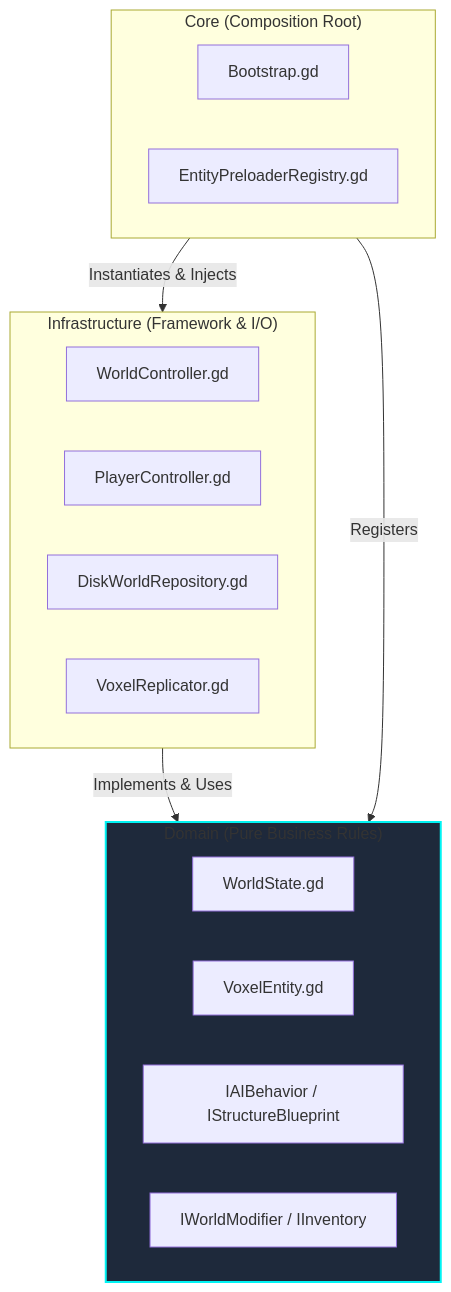
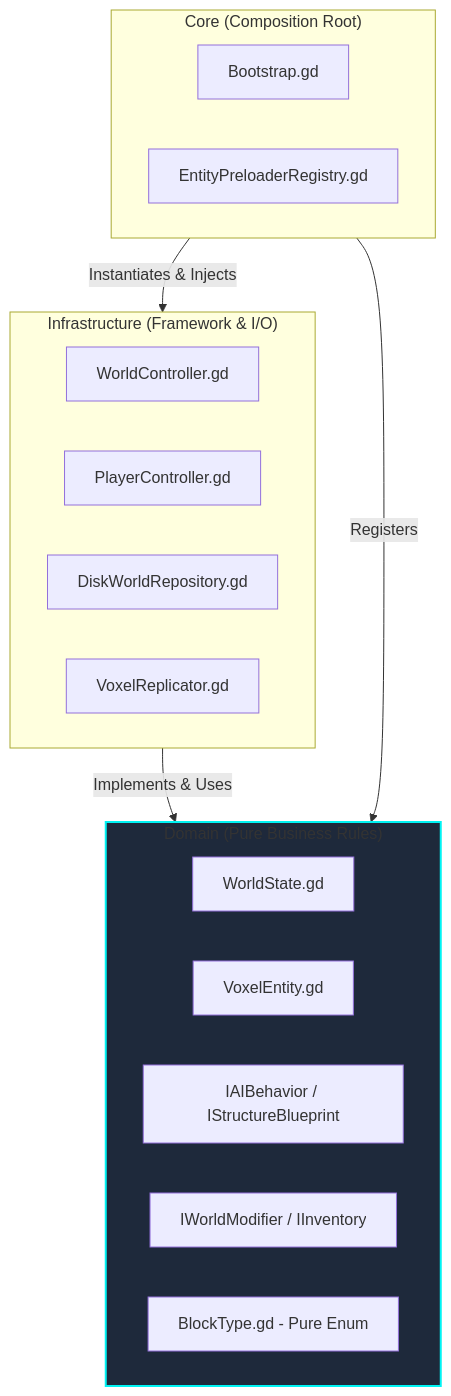
The first of 5 diagrams in README.md (enriquegonzalezgutierrez/CraftDomain), drawn with Mermaid before and after one commit. The commit also changed other lines of this file and 58 other files, not shown here.

````diff
--- a/README.md
+++ b/README.md
@@ -15,27 +15,28 @@
 ```mermaid
 graph TD
 	subgraph Core_Layer ["Core (Composition Root)"]
 		Bootstrap[Bootstrap.gd]
 		Preloader[EntityPreloaderRegistry.gd]
 	end
 
 	subgraph Infra_Layer ["Infrastructure (Framework & I/O)"]
 		WorldCtrl[WorldController.gd]
 		PlayerCtrl[PlayerController.gd]
 		DiskRepo[DiskWorldRepository.gd]
 		NetSync[VoxelReplicator.gd]
 	end
 
 	subgraph Domain_Layer ["Domain (Pure Business Rules)"]
 		WorldState[WorldState.gd]
 		Entities[VoxelEntity.gd]
 		Strategies[IAIBehavior / IStructureBlueprint]
 		Interfaces[IWorldModifier / IInventory]
+		LeafNode[BlockType.gd - Pure Enum]
 	end
 
 	Core_Layer -->|Instantiates & Injects| Infra_Layer
 	Infra_Layer -->|Implements & Uses| Domain_Layer
 	Core_Layer -->|Registers| Domain_Layer
 	
 	style Domain_Layer fill:#1e293b,stroke:#00f3f3,stroke-width:2px
 ```
````
